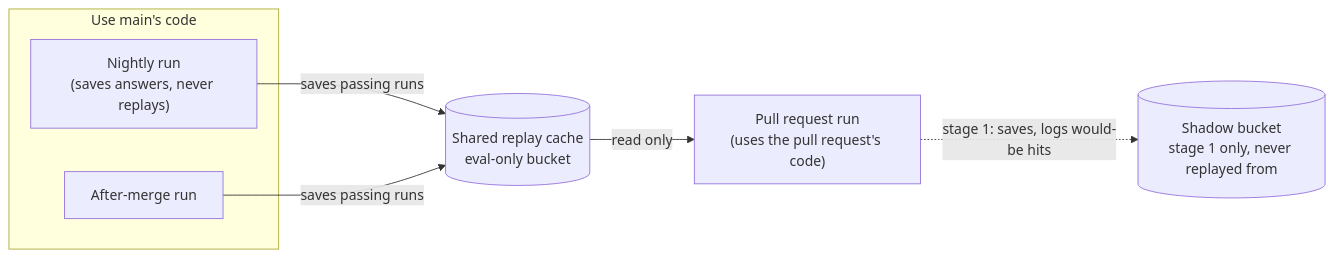
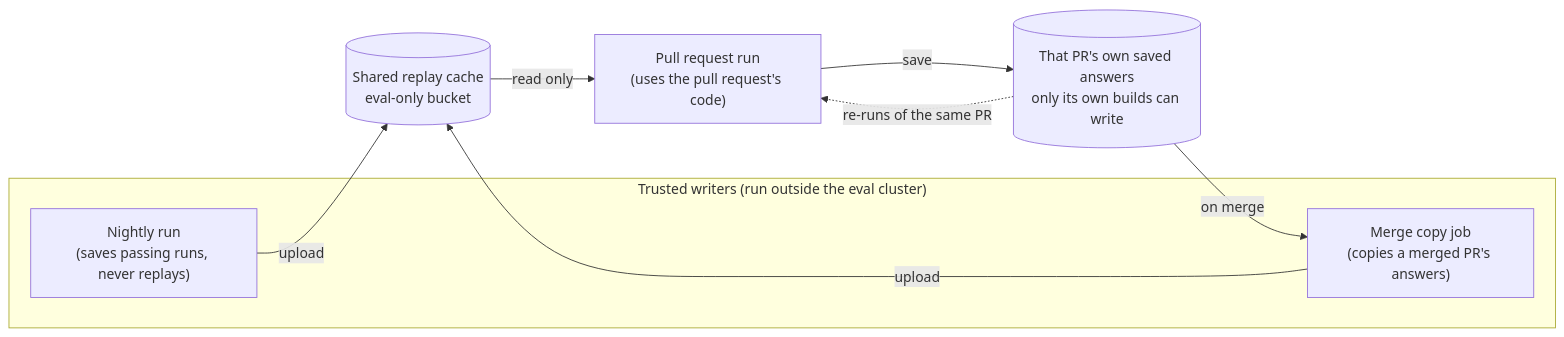
One commit to gke-labs/kube-agents changed the fifth of 5 diagrams in examples/inference-replay/eval-design.md. Above: the diagram before and after it, drawn with Mermaid. The commit also changed other lines of this file, not shown here.

Commit message:
docs(inference-replay): trusted out-of-cluster writers, merge copy, log-only shadow mode, age scoping

````diff
--- a/examples/inference-replay/eval-design.md
+++ b/examples/inference-replay/eval-design.md
@@ -248,14 +295,16 @@
 ```mermaid
 flowchart LR
-    subgraph trusted["Use main's code"]
-        nightly["Nightly run<br/>(saves answers, never replays)"]
-        post["After-merge run"]
+    subgraph trusted["Trusted writers (run outside the eval cluster)"]
+        nightly["Nightly run<br/>(saves passing runs, never replays)"]
+        copy["Merge copy job<br/>(copies a merged PR's answers)"]
     end
     pre["Pull request run<br/>(uses the pull request's code)"]
+    own[("That PR's own saved answers<br/>only its own builds can write")]
     cache[("Shared replay cache<br/>eval-only bucket")]
-    shadow[("Shadow bucket<br/>stage 1 only, never replayed from")]
-    nightly -- "saves passing runs" --> cache
-    post -- "saves passing runs" --> cache
+    nightly -- "upload" --> cache
+    pre -- "save" --> own
+    own -- "on merge" --> copy
+    copy -- "upload" --> cache
     cache -- "read only" --> pre
-    pre -. "stage 1: saves, logs would-be hits" .-> shadow
+    own -. "re-runs of the same PR" .-> pre
 ```
````
